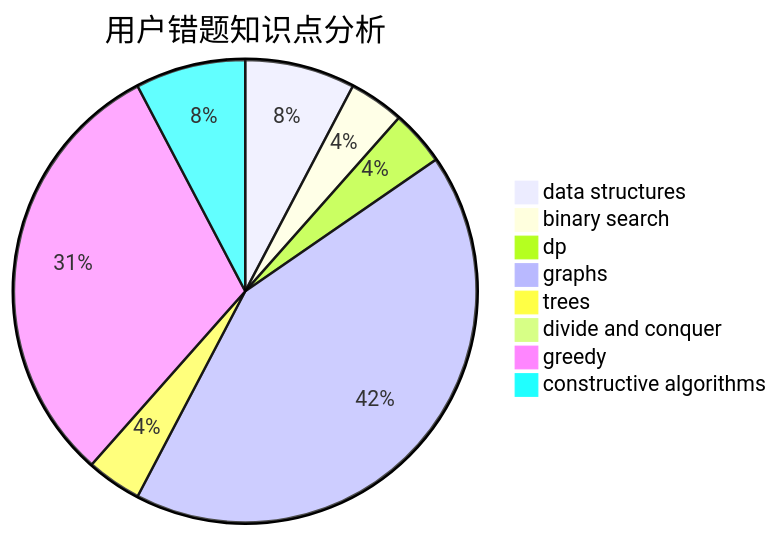
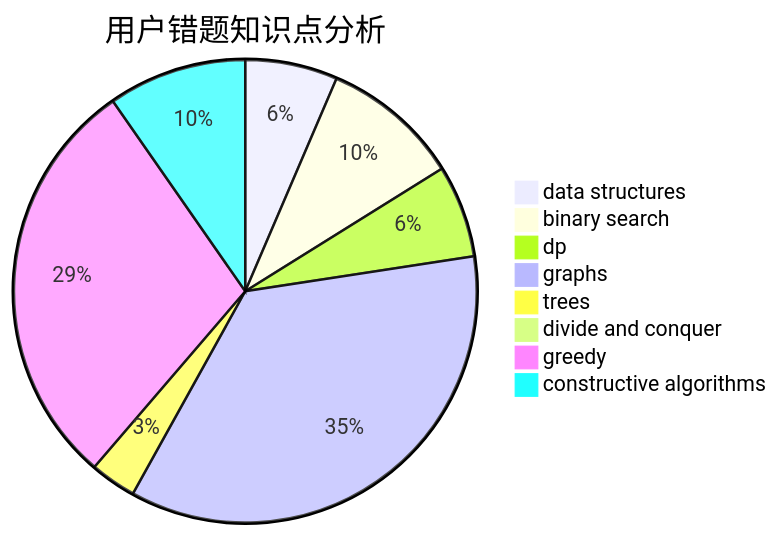
One commit to sherpahu/cfrs.github.io changed the third of 3 diagrams in docs/user/u1062.md. Above: the diagram before and after it, drawn with Mermaid. The commit also changed other lines of this file and 2770 other files, not shown here.

````diff
--- a/docs/user/u1062.md
+++ b/docs/user/u1062.md
@@ -36,11 +36,11 @@
 ```mermaid
 pie title 用户错题知识点分析
     "data structures" :  2
-    "binary search" :  1
-    "dp" :  1
+    "binary search" :  3
+    "dp" :  2
     "graphs" :  11
     "trees" :  1
     "divide and conquer" :  0
-    "greedy" :  8
-    "constructive algorithms" :  2
+    "greedy" :  9
+    "constructive algorithms" :  3
 ```
````
